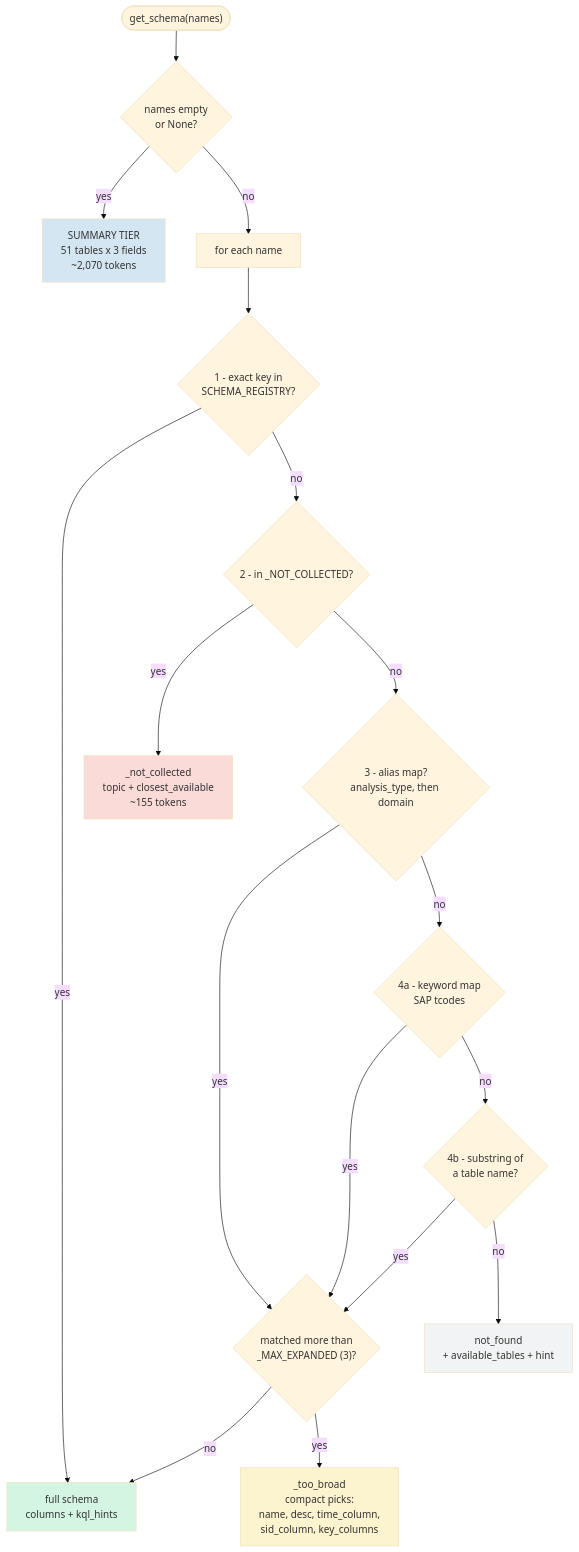
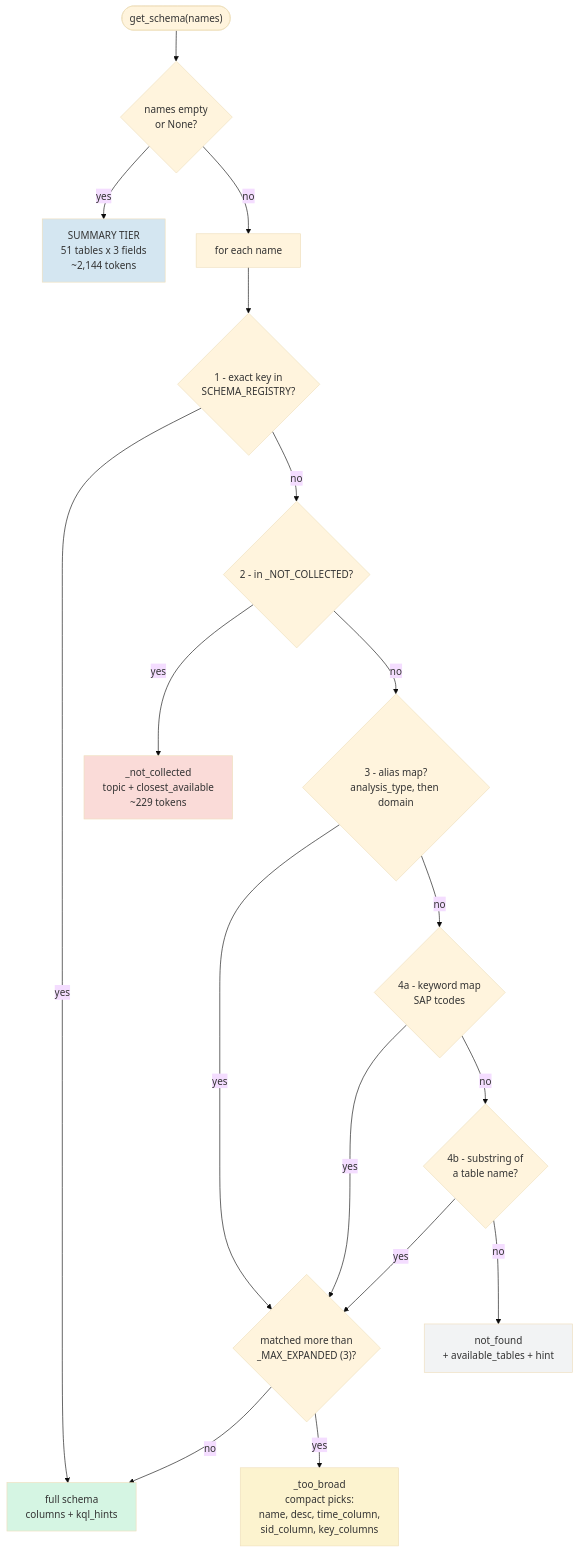
One commit to vchinnu/AMS-MCPV2 changed the first of 2 diagrams in docs/get_schema_tool.md. Above: the diagram before and after it, drawn with Mermaid (base theme). The commit also changed other lines of this file, not shown here.

First line of the commit message:
Update get_schema doc for the time-column and underscore findings

````diff
--- a/docs/get_schema_tool.md
+++ b/docs/get_schema_tool.md
@@ -94,31 +108,31 @@
 ```mermaid
 flowchart TD
     START(["get_schema(names)"]) --> EMPTY{"names empty<br/>or None?"}
-    EMPTY -- yes --> SUM["SUMMARY TIER<br/>51 tables x 3 fields<br/>~2,070 tokens"]
+    EMPTY -- yes --> SUM["SUMMARY TIER<br/>51 tables x 3 fields<br/>~2,144 tokens"]
     EMPTY -- no --> LOOP["for each name"]
 
     LOOP --> S1{"1 - exact key in<br/>SCHEMA_REGISTRY?"}
     S1 -- yes --> FULL["full schema<br/>columns + kql_hints"]
 
     S1 -- no --> S2{"2 - in _NOT_COLLECTED?"}
-    S2 -- yes --> NC["_not_collected<br/>topic + closest_available<br/>~155 tokens"]
+    S2 -- yes --> NC["_not_collected<br/>topic + closest_available<br/>~229 tokens"]
 
     S2 -- no --> S3{"3 - alias map?<br/>analysis_type, then domain"}
     S3 -- yes --> GUARD
 
     S3 -- no --> S4A{"4a - keyword map<br/>SAP tcodes"}
     S4A -- yes --> GUARD
     S4A -- no --> S4B{"4b - substring of<br/>a table name?"}
     S4B -- yes --> GUARD
     S4B -- no --> NF["not_found<br/>+ available_tables + hint"]
 
     GUARD{"matched more than<br/>_MAX_EXPANDED (3)?"}
     GUARD -- no --> FULL
     GUARD -- yes --> TB["_too_broad<br/>compact picks:<br/>name, desc, time_column,<br/>sid_column, key_columns"]
 
     style SUM fill:#d4e6f1
     style FULL fill:#d5f5e3
     style TB fill:#fcf3cf
     style NC fill:#fadbd8
     style NF fill:#f2f3f4
 ```
````
